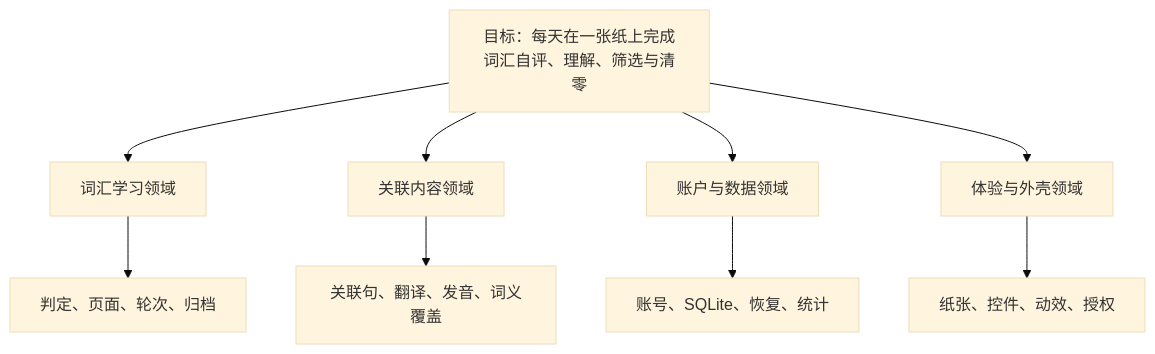
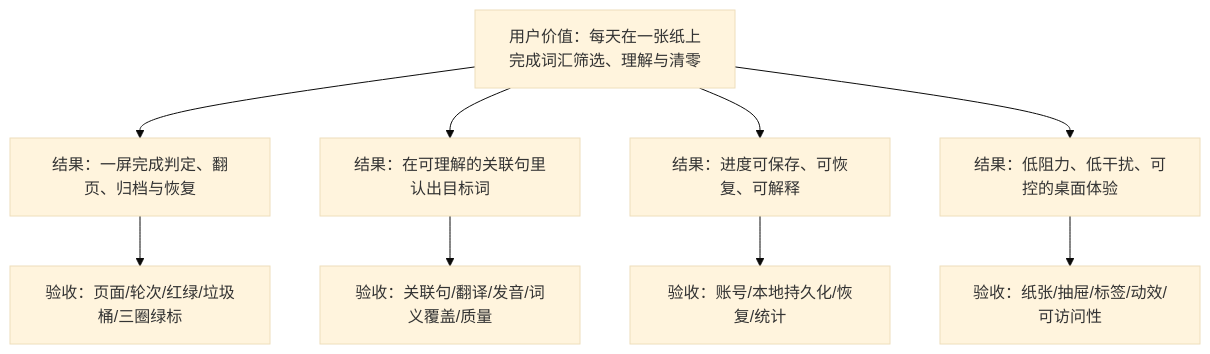
One commit to morewhyhan/whitepaper-english changed the diagram in docs/GOAL.md. Above: the diagram before and after it, drawn with Mermaid (base theme). The commit also changed other lines of this file and 1 other file, not shown here.

````diff
--- a/docs/GOAL.md
+++ b/docs/GOAL.md
@@ -19,12 +26,12 @@
 ```mermaid
 flowchart TB
-  G["目标：每天在一张纸上完成词汇自评、理解、筛选与清零"]
-  G --> D1["词汇学习领域"]
-  G --> D2["关联内容领域"]
-  G --> D3["账户与数据领域"]
-  G --> D4["体验与外壳领域"]
-  D1 --> R1["判定、页面、轮次、归档"]
-  D2 --> R2["关联句、翻译、发音、词义覆盖"]
-  D3 --> R3["账号、SQLite、恢复、统计"]
-  D4 --> R4["纸张、控件、动效、授权"]
+  G["用户价值：每天在一张纸上完成词汇筛选、理解与清零"]
+  G --> O1["结果：一屏完成判定、翻页、归档与恢复"]
+  G --> O2["结果：在可理解的关联句里认出目标词"]
+  G --> O3["结果：进度可保存、可恢复、可解释"]
+  G --> O4["结果：低阻力、低干扰、可控的桌面体验"]
+  O1 --> C1["验收：页面/轮次/红绿/垃圾桶/三圈绿标"]
+  O2 --> C2["验收：关联句/翻译/发音/词义覆盖/质量"]
+  O3 --> C3["验收：账号/本地持久化/恢复/统计"]
+  O4 --> C4["验收：纸张/抽屉/标签/动效/可访问性"]
 ```
````
